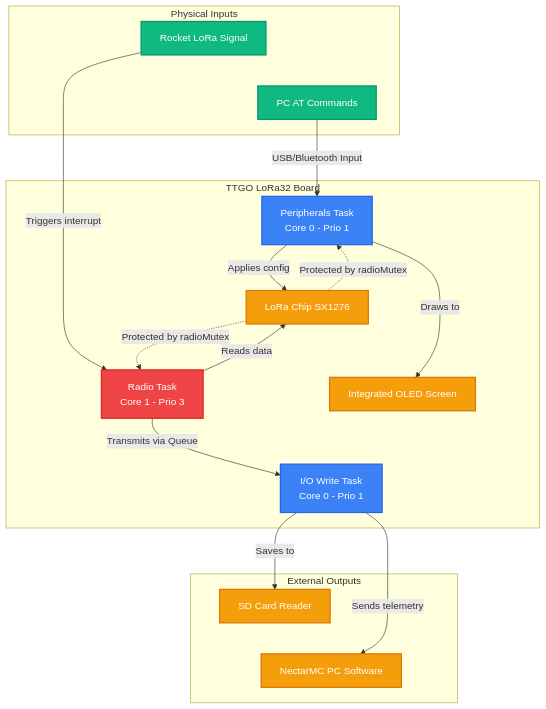
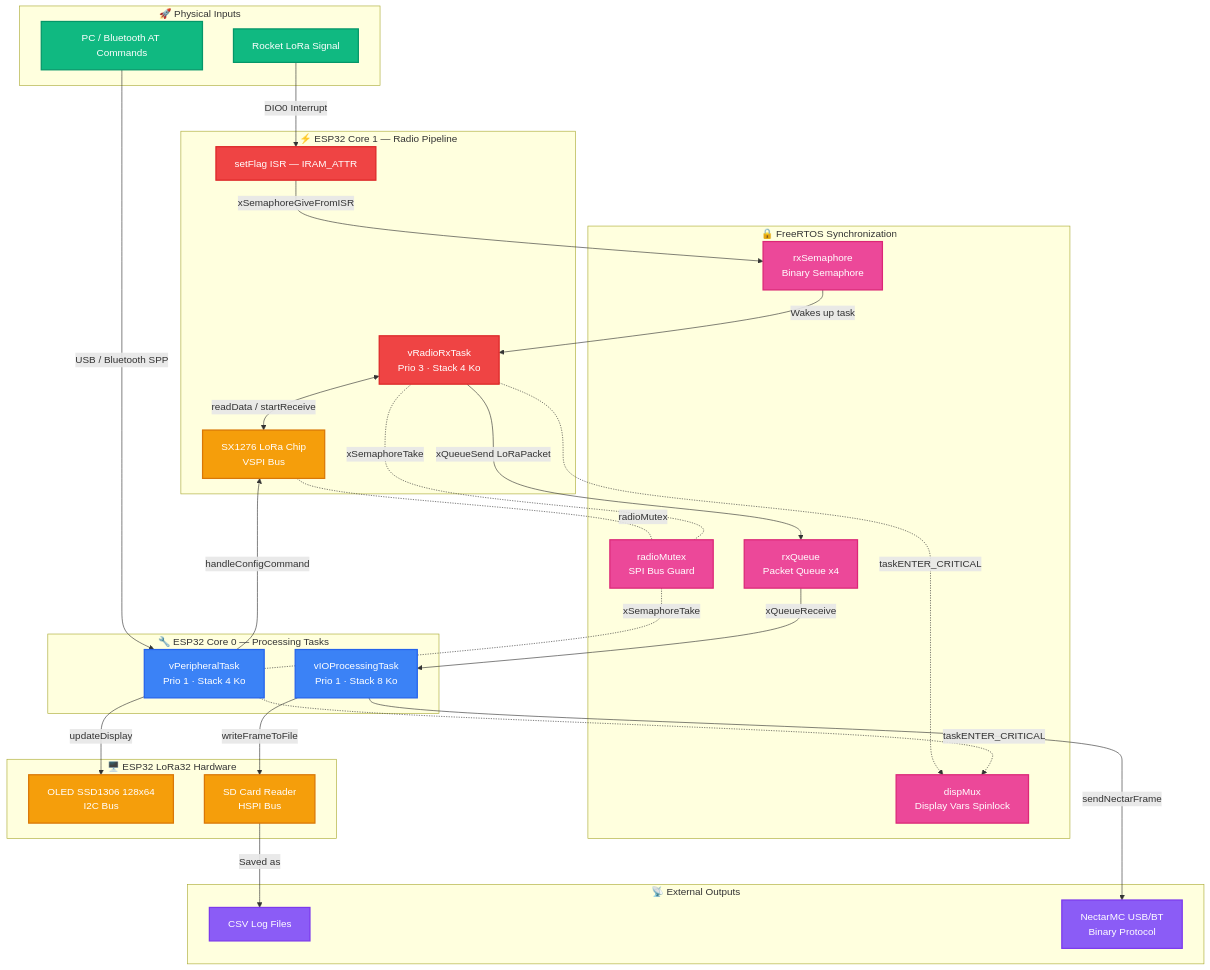
One commit to axpaul/RocketStation-LoRa32 changed the diagram in README.md. Above: the diagram before and after it, drawn with Mermaid. The commit also changed other lines of this file, not shown here.

Commit message:
docs: refonte du diagramme Mermaid v1.6.0 avec architecture dual-core complète et spinlock dispMux

````diff
--- a/README.md
+++ b/README.md
@@ -152,48 +152,71 @@
 ```mermaid
 graph TD
-    %% Color Styles
-    classDef highPrio fill:#ef4444,stroke:#dc2626,stroke-width:2px,color:#fff;
-    classDef normPrio fill:#3b82f6,stroke:#2563eb,stroke-width:2px,color:#fff;
-    classDef hwStyle fill:#f59e0b,stroke:#d97706,stroke-width:2px,color:#fff;
-    classDef inputStyle fill:#10b981,stroke:#059669,stroke-width:2px,color:#fff;
+    %% Styles
+    classDef core1 fill:#ef4444,stroke:#dc2626,stroke-width:2px,color:#fff
+    classDef core0 fill:#3b82f6,stroke:#2563eb,stroke-width:2px,color:#fff
+    classDef hw fill:#f59e0b,stroke:#d97706,stroke-width:2px,color:#fff
+    classDef input fill:#10b981,stroke:#059669,stroke-width:2px,color:#fff
+    classDef output fill:#8b5cf6,stroke:#7c3aed,stroke-width:2px,color:#fff
+    classDef sync fill:#ec4899,stroke:#db2777,stroke-width:2px,color:#fff
 
-    subgraph Inputs [Physical Inputs]
-        SignalLoRa[Rocket LoRa Signal]:::inputStyle
-        ConsolePC[PC AT Commands]:::inputStyle
-        SignalLoRa ~~~ ConsolePC
+    %% ── INPUTS ──
+    subgraph INPUTS ["🚀 Physical Inputs"]
+        ROCKET["Rocket LoRa Signal"]:::input
+        PC_CMD["PC / Bluetooth AT Commands"]:::input
     end
 
-    subgraph Board [TTGO LoRa32 Board]
-        TacheRadio[Radio Task <br/> Core 1 - Prio 3]:::highPrio
-        TachePeriph[Peripherals Task <br/> Core 0 - Prio 1]:::normPrio
-        TacheEcriture[I/O Write Task <br/> Core 0 - Prio 1]:::normPrio
-        PuceLoRa[LoRa Chip SX1276]:::hwStyle
-        OLED[Integrated OLED Screen]:::hwStyle
-        
-        TacheRadio ~~~ TachePeriph
-        TacheEcriture ~~~ PuceLoRa ~~~ OLED
+    %% ── ESP32 CORE 1 ──
+    subgraph CORE1 ["⚡ ESP32 Core 1 — Radio Pipeline"]
+        ISR["setFlag ISR — IRAM_ATTR"]:::core1
+        RADIO_TASK["vRadioRxTask<br/>Prio 3 · Stack 4 Ko"]:::core1
+        SX1276["SX1276 LoRa Chip<br/>VSPI Bus"]:::hw
     end
 
-    subgraph Outputs [External Outputs]
-        CarteSD[SD Card Reader]:::hwStyle
-        LogicielPC[NectarMC PC Software]:::hwStyle
-        CarteSD ~~~ LogicielPC
+    %% ── SYNCHRONISATION ──
+    subgraph SYNC ["🔒 FreeRTOS Synchronization"]
+        SEM["rxSemaphore<br/>Binary Semaphore"]:::sync
+        QUEUE["rxQueue<br/>Packet Queue x4"]:::sync
+        MUTEX["radioMutex<br/>SPI Bus Guard"]:::sync
+        SPINLOCK["dispMux<br/>Display Vars Spinlock"]:::sync
     end
 
-    %% Flows
-    SignalLoRa -->|Triggers interrupt| TacheRadio
-    ConsolePC -->|USB/Bluetooth Input| TachePeriph
+    %% ── ESP32 CORE 0 ──
+    subgraph CORE0 ["🔧 ESP32 Core 0 — Processing Tasks"]
+        IO_TASK["vIOProcessingTask<br/>Prio 1 · Stack 8 Ko"]:::core0
+        PERIPH_TASK["vPeripheralTask<br/>Prio 1 · Stack 4 Ko"]:::core0
+    end
 
-    TacheRadio -->|Reads data| PuceLoRa
-    TacheRadio -->|Transmits via Queue| TacheEcriture
+    %% ── HARDWARE ──
+    subgraph HW ["🖥️ ESP32 LoRa32 Hardware"]
+        OLED["OLED SSD1306 128x64<br/>I2C Bus"]:::hw
+        SD["SD Card Reader<br/>HSPI Bus"]:::hw
+    end
 
-    TacheEcriture -->|Saves to| CarteSD
-    TacheEcriture -->|Sends telemetry| LogicielPC
-    
-    TachePeriph -->|Draws to| OLED
-    TachePeriph -->|Applies config| PuceLoRa
+    %% ── OUTPUTS ──
+    subgraph OUTPUTS ["📡 External Outputs"]
+        CSV["CSV Log Files"]:::output
+        NECTAR["NectarMC USB/BT<br/>Binary Protocol"]:::output
+    end
 
-    %% Security Lock
-    PuceLoRa -.->|Protected by radioMutex| TacheRadio
-    PuceLoRa -.->|Protected by radioMutex| TachePeriph
+    %% ── DATA FLOWS ──
+    ROCKET -->|"DIO0 Interrupt"| ISR
+    ISR -->|"xSemaphoreGiveFromISR"| SEM
+    SEM -->|"Wakes up task"| RADIO_TASK
+    RADIO_TASK <-->|"readData / startReceive"| SX1276
+    RADIO_TASK -->|"xQueueSend LoRaPacket"| QUEUE
+    RADIO_TASK -.->|"taskENTER_CRITICAL"| SPINLOCK
+
+    QUEUE -->|"xQueueReceive"| IO_TASK
+    IO_TASK -->|"writeFrameToFile"| SD
+    IO_TASK -->|"sendNectarFrame"| NECTAR
+    SD -->|"Saved as"| CSV
+
+    PC_CMD -->|"USB / Bluetooth SPP"| PERIPH_TASK
+    PERIPH_TASK -->|"updateDisplay"| OLED
+    PERIPH_TASK -->|"handleConfigCommand"| SX1276
+    PERIPH_TASK -.->|"taskENTER_CRITICAL"| SPINLOCK
+
+    SX1276 -.-|"radioMutex"| MUTEX
+    MUTEX -.-|"xSemaphoreTake"| RADIO_TASK
+    MUTEX -.-|"xSemaphoreTake"| PERIPH_TASK
 ```
````
